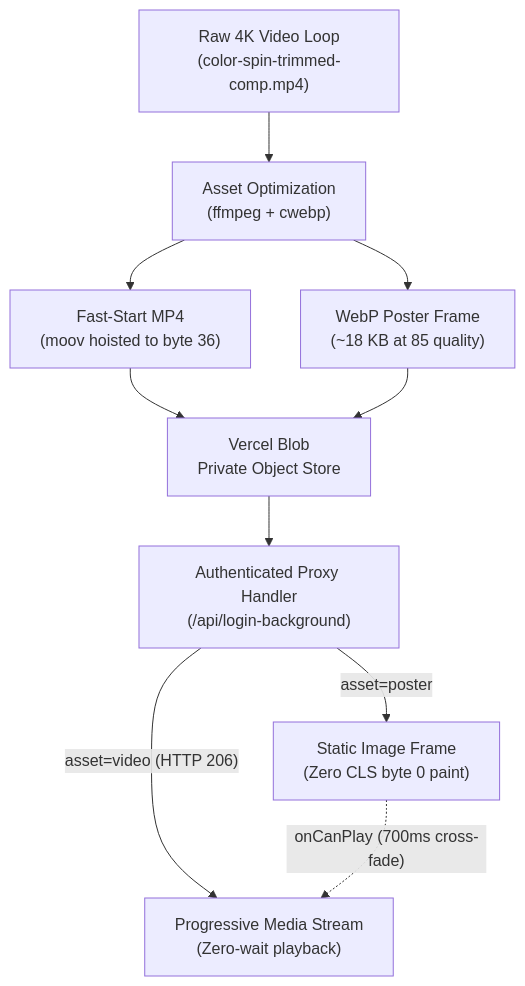
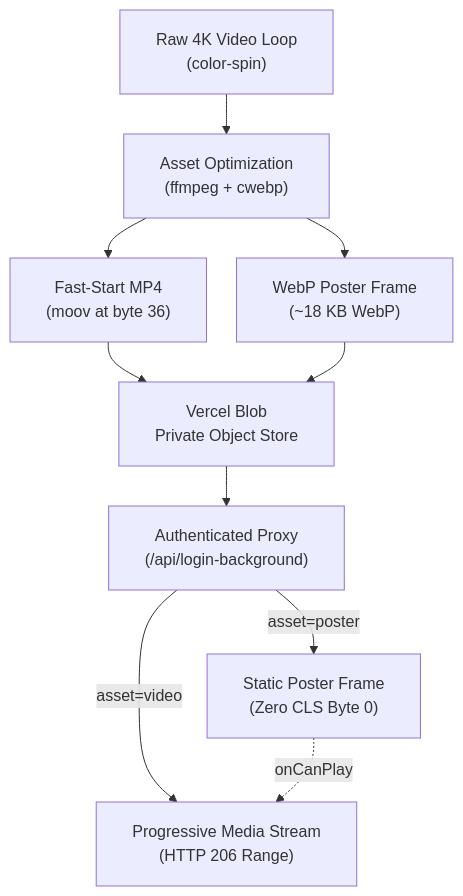
One commit to Marqlo-C/mailpilot changed the fourth of 4 diagrams in README.md. Above: the diagram before and after it, drawn with Mermaid. The commit also changed other lines of this file, not shown here.

Commit message:
docs(readme): inject mermaid init padding directives and replace clipped diamond nodes with stadium shapes

````diff
--- a/README.md
+++ b/README.md
@@ -557,12 +560,13 @@
 ```mermaid
+%%{init: {'flowchart': {'padding': 18, 'nodeSpacing': 30, 'rankSpacing': 40}}}%%
 flowchart TD
-    A["Raw 4K Video Loop<br/>(color-spin-trimmed-comp.mp4)"] --> B["Asset Optimization<br/>(ffmpeg + cwebp)"]
-    B --> C["Fast-Start MP4<br/>(moov hoisted to byte 36)"]
-    B --> D["WebP Poster Frame<br/>(~18 KB at 85 quality)"]
+    A["Raw 4K Video Loop<br/>(color-spin)"] --> B["Asset Optimization<br/>(ffmpeg + cwebp)"]
+    B --> C["Fast-Start MP4<br/>(moov at byte 36)"]
+    B --> D["WebP Poster Frame<br/>(~18 KB WebP)"]
     C --> E["Vercel Blob<br/>Private Object Store"]
     D --> E
-    E --> F["Authenticated Proxy Handler<br/>(/api/login-background)"]
-    F -->|"asset=poster"| G["Static Image Frame<br/>(Zero CLS byte 0 paint)"]
-    F -->|"asset=video (HTTP 206)"| H["Progressive Media Stream<br/>(Zero-wait playback)"]
-    G -.->|"onCanPlay (700ms cross-fade)"| H
+    E --> F["Authenticated Proxy<br/>(/api/login-background)"]
+    F -->|asset=poster| G["Static Poster Frame<br/>(Zero CLS Byte 0)"]
+    F -->|asset=video| H["Progressive Media Stream<br/>(HTTP 206 Range)"]
+    G -.->|onCanPlay| H
 ```
````
